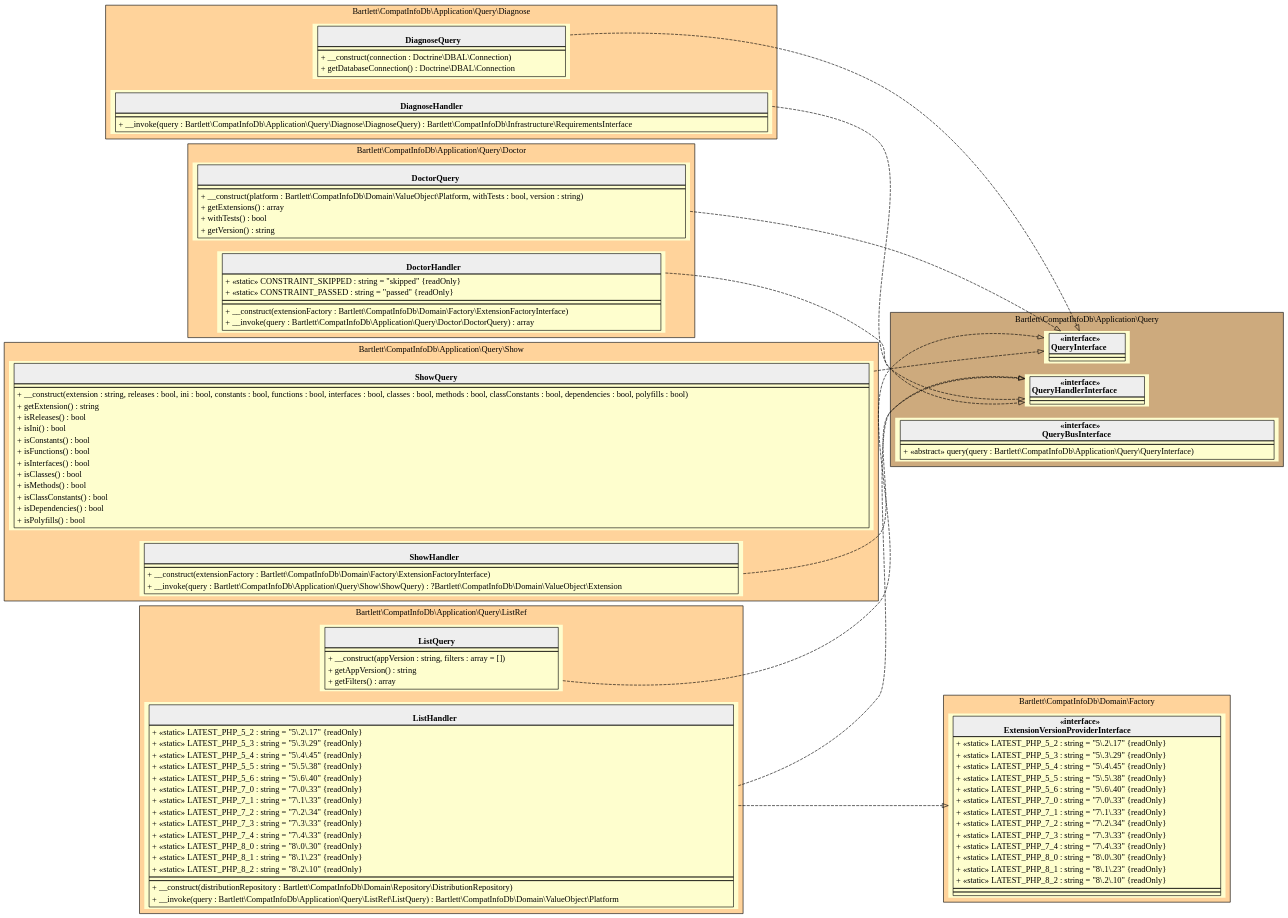
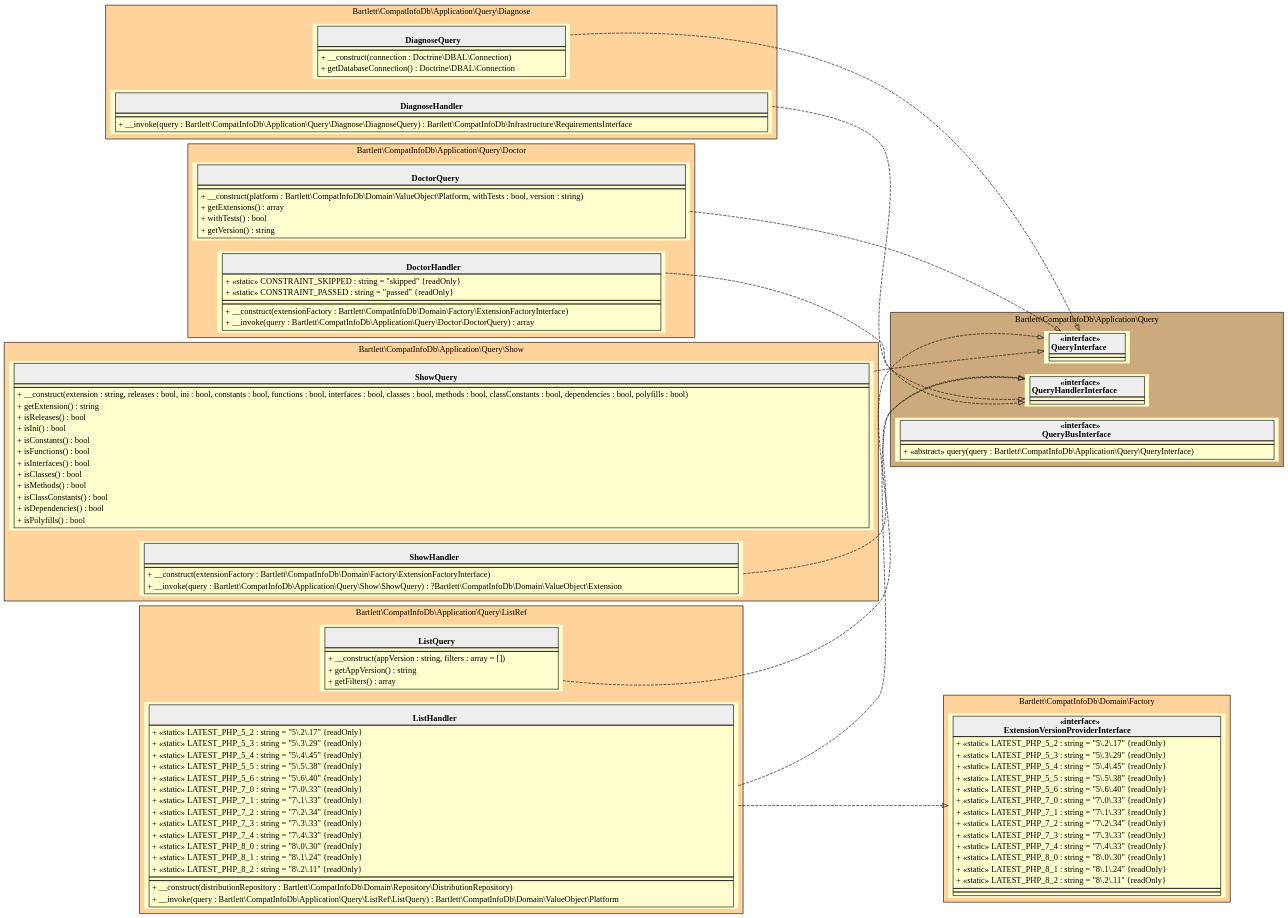
The diagram in 5.x/assets/images/application-query.html.gv (llaville/php-compatinfo-db), drawn with Graphviz before and after one commit. The commit also changed 36 other files, not shown here.

```diff
--- a/5.x/assets/images/application-query.html.gv
+++ b/5.x/assets/images/application-query.html.gv
@@ -1,181 +1,181 @@
 digraph {
   graph [rankdir="LR" bgcolor="transparent"]
   node [fillcolor="#FEFECE" style="filled"]
   subgraph cluster_0 {
     graph [bgcolor="burlywood1"]
     label = "Bartlett\\CompatInfoDb\\Application\\Query\\Diagnose"
     "Bartlett\\CompatInfoDb\\Application\\Query\\Diagnose\\DiagnoseQuery" [shape="none" label=<
 <table cellspacing="0" border="0" cellborder="1">
     <tr><td bgcolor="#eeeeee"><b><br/>DiagnoseQuery</b></td></tr>
     <tr><td></td></tr>
     <tr><td><table border="0" cellspacing="0" cellpadding="2">
     <tr><td align="left">+ __construct(connection : Doctrine\\DBAL\\Connection)</td></tr>
     <tr><td align="left">+ getDatabaseConnection() : Doctrine\\DBAL\\Connection</td></tr>
 </table></td></tr>
 </table>>]
     "Bartlett\\CompatInfoDb\\Application\\Query\\Diagnose\\DiagnoseHandler" [shape="none" label=<
 <table cellspacing="0" border="0" cellborder="1">
     <tr><td bgcolor="#eeeeee"><b><br/>DiagnoseHandler</b></td></tr>
     <tr><td></td></tr>
     <tr><td><table border="0" cellspacing="0" cellpadding="2">
     <tr><td align="left">+ __invoke(query : Bartlett\\CompatInfoDb\\Application\\Query\\Diagnose\\DiagnoseQuery) : Bartlett\\CompatInfoDb\\Infrastructure\\RequirementsInterface</td></tr>
 </table></td></tr>
 </table>>]
   }
   subgraph cluster_1 {
     graph [bgcolor="burlywood3"]
     label = "Bartlett\\CompatInfoDb\\Application\\Query"
     "Bartlett\\CompatInfoDb\\Application\\Query\\QueryInterface" [shape="none" label=<
 <table cellspacing="0" border="0" cellborder="1">
     <tr><td bgcolor="#eeeeee"><b>«interface»<br/>QueryInterface</b></td></tr>
     <tr><td></td></tr>
     <tr><td></td></tr>
 </table>>]
     "Bartlett\\CompatInfoDb\\Application\\Query\\QueryHandlerInterface" [shape="none" label=<
 <table cellspacing="0" border="0" cellborder="1">
     <tr><td bgcolor="#eeeeee"><b>«interface»<br/>QueryHandlerInterface</b></td></tr>
     <tr><td></td></tr>
     <tr><td></td></tr>
 </table>>]
     "Bartlett\\CompatInfoDb\\Application\\Query\\QueryBusInterface" [shape="none" label=<
 <table cellspacing="0" border="0" cellborder="1">
     <tr><td bgcolor="#eeeeee"><b>«interface»<br/>QueryBusInterface</b></td></tr>
     <tr><td></td></tr>
     <tr><td><table border="0" cellspacing="0" cellpadding="2">
     <tr><td align="left">+ «abstract» query(query : Bartlett\\CompatInfoDb\\Application\\Query\\QueryInterface)</td></tr>
 </table></td></tr>
 </table>>]
   }
   subgraph cluster_2 {
     graph [bgcolor="burlywood1"]
     label = "Bartlett\\CompatInfoDb\\Application\\Query\\Doctor"
     "Bartlett\\CompatInfoDb\\Application\\Query\\Doctor\\DoctorQuery" [shape="none" label=<
 <table cellspacing="0" border="0" cellborder="1">
     <tr><td bgcolor="#eeeeee"><b><br/>DoctorQuery</b></td></tr>
     <tr><td></td></tr>
     <tr><td><table border="0" cellspacing="0" cellpadding="2">
     <tr><td align="left">+ __construct(platform : Bartlett\\CompatInfoDb\\Domain\\ValueObject\\Platform, withTests : bool, version : string)</td></tr>
     <tr><td align="left">+ getExtensions() : array</td></tr>
     <tr><td align="left">+ withTests() : bool</td></tr>
     <tr><td align="left">+ getVersion() : string</td></tr>
 </table></td></tr>
 </table>>]
     "Bartlett\\CompatInfoDb\\Application\\Query\\Doctor\\DoctorHandler" [shape="none" label=<
 <table cellspacing="0" border="0" cellborder="1">
     <tr><td bgcolor="#eeeeee"><b><br/>DoctorHandler</b></td></tr>
     <tr><td><table border="0" cellspacing="0" cellpadding="2">
     <tr><td align="left">+ «static» CONSTRAINT_SKIPPED : string = "skipped" {readOnly}</td></tr>
     <tr><td align="left">+ «static» CONSTRAINT_PASSED : string = "passed" {readOnly}</td></tr>
 </table></td></tr>
     <tr><td></td></tr>
     <tr><td><table border="0" cellspacing="0" cellpadding="2">
     <tr><td align="left">+ __construct(extensionFactory : Bartlett\\CompatInfoDb\\Domain\\Factory\\ExtensionFactoryInterface)</td></tr>
     <tr><td align="left">+ __invoke(query : Bartlett\\CompatInfoDb\\Application\\Query\\Doctor\\DoctorQuery) : array</td></tr>
 </table></td></tr>
 </table>>]
   }
   subgraph cluster_3 {
     graph [bgcolor="burlywood1"]
     label = "Bartlett\\CompatInfoDb\\Application\\Query\\ListRef"
     "Bartlett\\CompatInfoDb\\Application\\Query\\ListRef\\ListQuery" [shape="none" label=<
 <table cellspacing="0" border="0" cellborder="1">
     <tr><td bgcolor="#eeeeee"><b><br/>ListQuery</b></td></tr>
     <tr><td></td></tr>
     <tr><td><table border="0" cellspacing="0" cellpadding="2">
     <tr><td align="left">+ __construct(appVersion : string, filters : array = [])</td></tr>
     <tr><td align="left">+ getAppVersion() : string</td></tr>
     <tr><td align="left">+ getFilters() : array</td></tr>
 </table></td></tr>
 </table>>]
     "Bartlett\\CompatInfoDb\\Application\\Query\\ListRef\\ListHandler" [shape="none" label=<
 <table cellspacing="0" border="0" cellborder="1">
     <tr><td bgcolor="#eeeeee"><b><br/>ListHandler</b></td></tr>
     <tr><td><table border="0" cellspacing="0" cellpadding="2">
     <tr><td align="left">+ «static» LATEST_PHP_5_2 : string = "5\.2\.17" {readOnly}</td></tr>
     <tr><td align="left">+ «static» LATEST_PHP_5_3 : string = "5\.3\.29" {readOnly}</td></tr>
     <tr><td align="left">+ «static» LATEST_PHP_5_4 : string = "5\.4\.45" {readOnly}</td></tr>
     <tr><td align="left">+ «static» LATEST_PHP_5_5 : string = "5\.5\.38" {readOnly}</td></tr>
     <tr><td align="left">+ «static» LATEST_PHP_5_6 : string = "5\.6\.40" {readOnly}</td></tr>
     <tr><td align="left">+ «static» LATEST_PHP_7_0 : string = "7\.0\.33" {readOnly}</td></tr>
     <tr><td align="left">+ «static» LATEST_PHP_7_1 : string = "7\.1\.33" {readOnly}</td></tr>
     <tr><td align="left">+ «static» LATEST_PHP_7_2 : string = "7\.2\.34" {readOnly}</td></tr>
     <tr><td align="left">+ «static» LATEST_PHP_7_3 : string = "7\.3\.33" {readOnly}</td></tr>
     <tr><td align="left">+ «static» LATEST_PHP_7_4 : string = "7\.4\.33" {readOnly}</td></tr>
     <tr><td align="left">+ «static» LATEST_PHP_8_0 : string = "8\.0\.30" {readOnly}</td></tr>
-    <tr><td align="left">+ «static» LATEST_PHP_8_1 : string = "8\.1\.23" {readOnly}</td></tr>
-    <tr><td align="left">+ «static» LATEST_PHP_8_2 : string = "8\.2\.10" {readOnly}</td></tr>
+    <tr><td align="left">+ «static» LATEST_PHP_8_1 : string = "8\.1\.24" {readOnly}</td></tr>
+    <tr><td align="left">+ «static» LATEST_PHP_8_2 : string = "8\.2\.11" {readOnly}</td></tr>
 </table></td></tr>
     <tr><td></td></tr>
     <tr><td><table border="0" cellspacing="0" cellpadding="2">
     <tr><td align="left">+ __construct(distributionRepository : Bartlett\\CompatInfoDb\\Domain\\Repository\\DistributionRepository)</td></tr>
     <tr><td align="left">+ __invoke(query : Bartlett\\CompatInfoDb\\Application\\Query\\ListRef\\ListQuery) : Bartlett\\CompatInfoDb\\Domain\\ValueObject\\Platform</td></tr>
 </table></td></tr>
 </table>>]
   }
   subgraph cluster_4 {
     graph [bgcolor="burlywood1"]
     label = "Bartlett\\CompatInfoDb\\Domain\\Factory"
     "Bartlett\\CompatInfoDb\\Domain\\Factory\\ExtensionVersionProviderInterface" [shape="none" label=<
 <table cellspacing="0" border="0" cellborder="1">
     <tr><td bgcolor="#eeeeee"><b>«interface»<br/>ExtensionVersionProviderInterface</b></td></tr>
     <tr><td><table border="0" cellspacing="0" cellpadding="2">
     <tr><td align="left">+ «static» LATEST_PHP_5_2 : string = "5\.2\.17" {readOnly}</td></tr>
     <tr><td align="left">+ «static» LATEST_PHP_5_3 : string = "5\.3\.29" {readOnly}</td></tr>
     <tr><td align="left">+ «static» LATEST_PHP_5_4 : string = "5\.4\.45" {readOnly}</td></tr>
     <tr><td align="left">+ «static» LATEST_PHP_5_5 : string = "5\.5\.38" {readOnly}</td></tr>
     <tr><td align="left">+ «static» LATEST_PHP_5_6 : string = "5\.6\.40" {readOnly}</td></tr>
     <tr><td align="left">+ «static» LATEST_PHP_7_0 : string = "7\.0\.33" {readOnly}</td></tr>
     <tr><td align="left">+ «static» LATEST_PHP_7_1 : string = "7\.1\.33" {readOnly}</td></tr>
     <tr><td align="left">+ «static» LATEST_PHP_7_2 : string = "7\.2\.34" {readOnly}</td></tr>
     <tr><td align="left">+ «static» LATEST_PHP_7_3 : string = "7\.3\.33" {readOnly}</td></tr>
     <tr><td align="left">+ «static» LATEST_PHP_7_4 : string = "7\.4\.33" {readOnly}</td></tr>
     <tr><td align="left">+ «static» LATEST_PHP_8_0 : string = "8\.0\.30" {readOnly}</td></tr>
-    <tr><td align="left">+ «static» LATEST_PHP_8_1 : string = "8\.1\.23" {readOnly}</td></tr>
-    <tr><td align="left">+ «static» LATEST_PHP_8_2 : string = "8\.2\.10" {readOnly}</td></tr>
+    <tr><td align="left">+ «static» LATEST_PHP_8_1 : string = "8\.1\.24" {readOnly}</td></tr>
+    <tr><td align="left">+ «static» LATEST_PHP_8_2 : string = "8\.2\.11" {readOnly}</td></tr>
 </table></td></tr>
     <tr><td></td></tr>
     <tr><td></td></tr>
 </table>>]
   }
   subgraph cluster_5 {
     graph [bgcolor="burlywood1"]
     label = "Bartlett\\CompatInfoDb\\Application\\Query\\Show"
     "Bartlett\\CompatInfoDb\\Application\\Query\\Show\\ShowQuery" [shape="none" label=<
 <table cellspacing="0" border="0" cellborder="1">
     <tr><td bgcolor="#eeeeee"><b><br/>ShowQuery</b></td></tr>
     <tr><td></td></tr>
     <tr><td><table border="0" cellspacing="0" cellpadding="2">
     <tr><td align="left">+ __construct(extension : string, releases : bool, ini : bool, constants : bool, functions : bool, interfaces : bool, classes : bool, methods : bool, classConstants : bool, dependencies : bool, polyfills : bool)</td></tr>
     <tr><td align="left">+ getExtension() : string</td></tr>
     <tr><td align="left">+ isReleases() : bool</td></tr>
     <tr><td align="left">+ isIni() : bool</td></tr>
     <tr><td align="left">+ isConstants() : bool</td></tr>
     <tr><td align="left">+ isFunctions() : bool</td></tr>
     <tr><td align="left">+ isInterfaces() : bool</td></tr>
     <tr><td align="left">+ isClasses() : bool</td></tr>
     <tr><td align="left">+ isMethods() : bool</td></tr>
     <tr><td align="left">+ isClassConstants() : bool</td></tr>
     <tr><td align="left">+ isDependencies() : bool</td></tr>
     <tr><td align="left">+ isPolyfills() : bool</td></tr>
 </table></td></tr>
 </table>>]
     "Bartlett\\CompatInfoDb\\Application\\Query\\Show\\ShowHandler" [shape="none" label=<
 <table cellspacing="0" border="0" cellborder="1">
     <tr><td bgcolor="#eeeeee"><b><br/>ShowHandler</b></td></tr>
     <tr><td></td></tr>
     <tr><td><table border="0" cellspacing="0" cellpadding="2">
     <tr><td align="left">+ __construct(extensionFactory : Bartlett\\CompatInfoDb\\Domain\\Factory\\ExtensionFactoryInterface)</td></tr>
     <tr><td align="left">+ __invoke(query : Bartlett\\CompatInfoDb\\Application\\Query\\Show\\ShowQuery) : ?Bartlett\\CompatInfoDb\\Domain\\ValueObject\\Extension</td></tr>
 </table></td></tr>
 </table>>]
   }
   "Bartlett\\CompatInfoDb\\Application\\Query\\Diagnose\\DiagnoseQuery" -> "Bartlett\\CompatInfoDb\\Application\\Query\\QueryInterface" [arrowhead="empty" style="dashed"]
   "Bartlett\\CompatInfoDb\\Application\\Query\\Diagnose\\DiagnoseHandler" -> "Bartlett\\CompatInfoDb\\Application\\Query\\QueryHandlerInterface" [arrowhead="empty" style="dashed"]
   "Bartlett\\CompatInfoDb\\Application\\Query\\Doctor\\DoctorQuery" -> "Bartlett\\CompatInfoDb\\Application\\Query\\QueryInterface" [arrowhead="empty" style="dashed"]
   "Bartlett\\CompatInfoDb\\Application\\Query\\Doctor\\DoctorHandler" -> "Bartlett\\CompatInfoDb\\Application\\Query\\QueryHandlerInterface" [arrowhead="empty" style="dashed"]
   "Bartlett\\CompatInfoDb\\Application\\Query\\ListRef\\ListQuery" -> "Bartlett\\CompatInfoDb\\Application\\Query\\QueryInterface" [arrowhead="empty" style="dashed"]
   "Bartlett\\CompatInfoDb\\Application\\Query\\ListRef\\ListHandler" -> "Bartlett\\CompatInfoDb\\Application\\Query\\QueryHandlerInterface" [arrowhead="empty" style="dashed"]
   "Bartlett\\CompatInfoDb\\Application\\Query\\ListRef\\ListHandler" -> "Bartlett\\CompatInfoDb\\Domain\\Factory\\ExtensionVersionProviderInterface" [arrowhead="empty" style="dashed"]
   "Bartlett\\CompatInfoDb\\Application\\Query\\Show\\ShowQuery" -> "Bartlett\\CompatInfoDb\\Application\\Query\\QueryInterface" [arrowhead="empty" style="dashed"]
   "Bartlett\\CompatInfoDb\\Application\\Query\\Show\\ShowHandler" -> "Bartlett\\CompatInfoDb\\Application\\Query\\QueryHandlerInterface" [arrowhead="empty" style="dashed"]
 }
```
